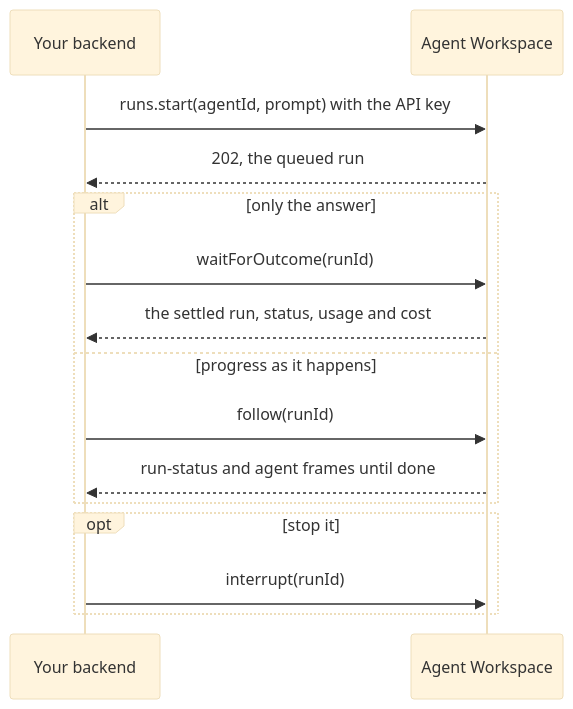
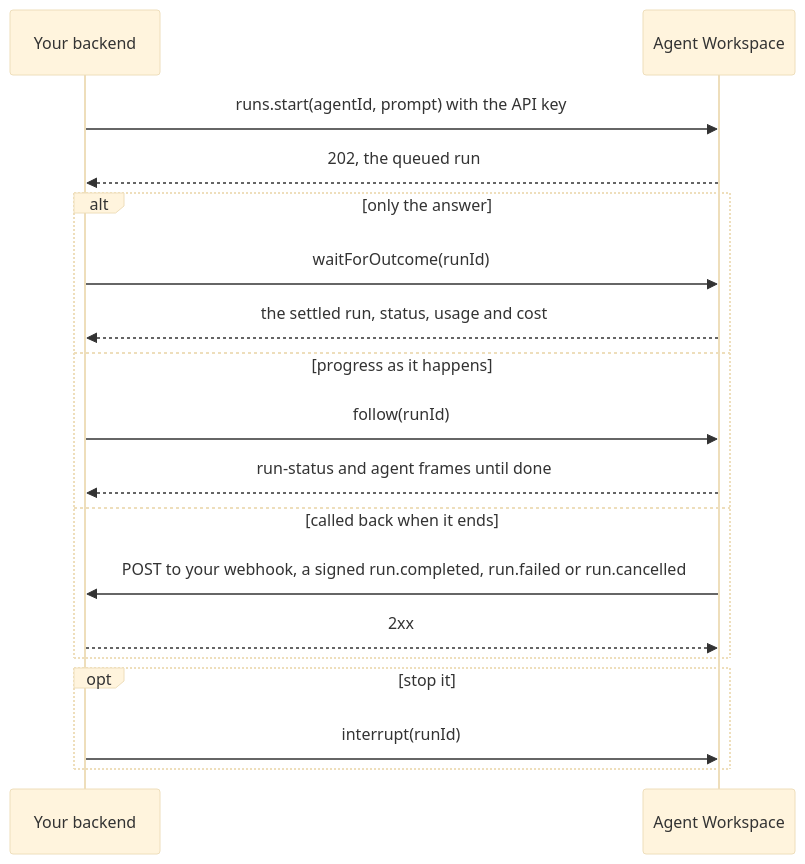
The diagram in docs/sdk/site/building/backend.mdx (indxjp/agent-workspace), drawn with Mermaid (base theme) before and after one commit. The commit also changed other lines of this file and 4912 other files, not shown here.

````diff
--- a/docs/sdk/site/building/backend.mdx
+++ b/docs/sdk/site/building/backend.mdx
@@ -31,17 +31,20 @@
 ```mermaid
 sequenceDiagram
   participant B as Your backend
   participant A as Agent Workspace
   B->>A: runs.start(agentId, prompt) with the API key
   A-->>B: 202, the queued run
   alt only the answer
     B->>A: waitForOutcome(runId)
     A-->>B: the settled run, status, usage and cost
   else progress as it happens
     B->>A: follow(runId)
     A-->>B: run-status and agent frames until done
+  else called back when it ends
+    A->>B: POST to your webhook, a signed run.completed, run.failed or run.cancelled
+    B-->>A: 2xx
   end
   opt stop it
     B->>A: interrupt(runId)
   end
 ```
````
